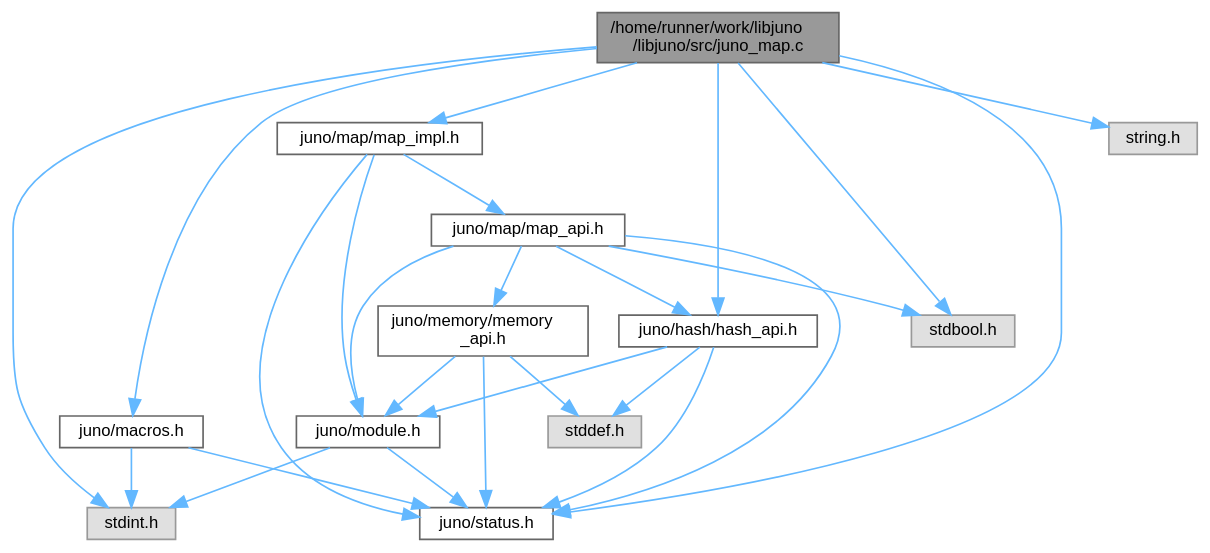
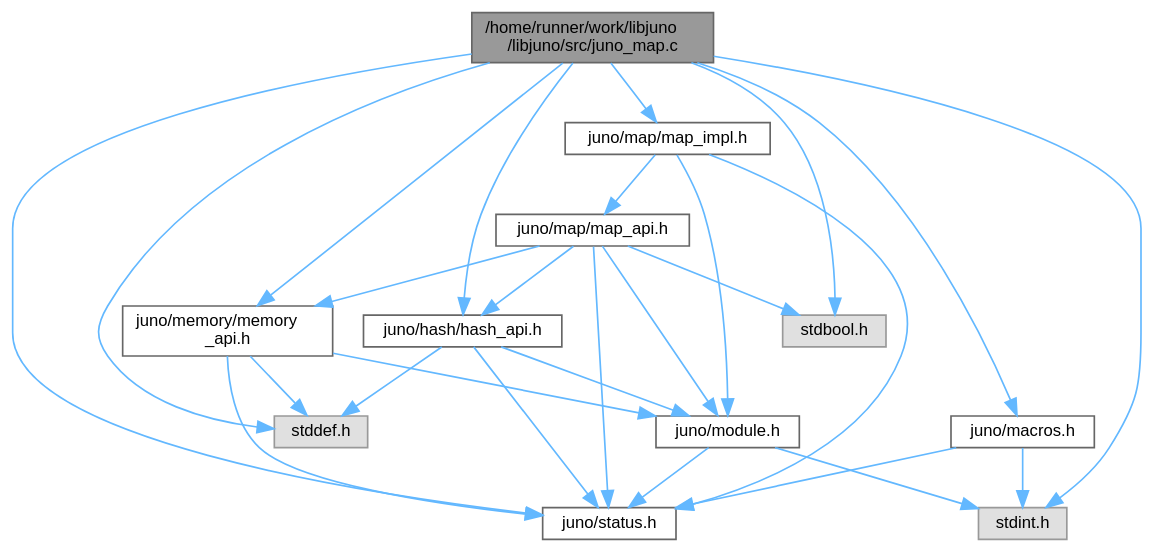
The diagram in juno__map_8c__incl.dot (robinonsay/libjuno), drawn with Graphviz before and after one commit. The commit also changed 155 other files, not shown here.

```diff
--- a/juno__map_8c__incl.dot
+++ b/juno__map_8c__incl.dot
@@ -1,44 +1,44 @@
 digraph "/home/runner/work/libjuno/libjuno/src/juno_map.c"
 {
  // LATEX_PDF_SIZE
   bgcolor="transparent";
   edge [fontname=Helvetica,fontsize=10,labelfontname=Helvetica,labelfontsize=10];
   node [fontname=Helvetica,fontsize=10,shape=box,height=0.2,width=0.4];
   Node1 [id="Node000001",label="/home/runner/work/libjuno\l/libjuno/src/juno_map.c",height=0.2,width=0.4,color="gray40", fillcolor="grey60", style="filled", fontcolor="black",tooltip=" "];
   Node1 -> Node2 [id="edge1_Node000001_Node000002",color="steelblue1",style="solid",tooltip=" "];
   Node2 [id="Node000002",label="juno/hash/hash_api.h",height=0.2,width=0.4,color="grey40", fillcolor="white", style="filled",URL="$hash__api_8h.html",tooltip=" "];
   Node2 -> Node3 [id="edge2_Node000002_Node000003",color="steelblue1",style="solid",tooltip=" "];
   Node3 [id="Node000003",label="juno/status.h",height=0.2,width=0.4,color="grey40", fillcolor="white", style="filled",URL="$status_8h.html",tooltip=" "];
   Node2 -> Node4 [id="edge3_Node000002_Node000004",color="steelblue1",style="solid",tooltip=" "];
   Node4 [id="Node000004",label="juno/module.h",height=0.2,width=0.4,color="grey40", fillcolor="white", style="filled",URL="$module_8h.html",tooltip=" "];
   Node4 -> Node3 [id="edge4_Node000004_Node000003",color="steelblue1",style="solid",tooltip=" "];
   Node4 -> Node5 [id="edge5_Node000004_Node000005",color="steelblue1",style="solid",tooltip=" "];
   Node5 [id="Node000005",label="stdint.h",height=0.2,width=0.4,color="grey60", fillcolor="#E0E0E0", style="filled",tooltip=" "];
   Node2 -> Node6 [id="edge6_Node000002_Node000006",color="steelblue1",style="solid",tooltip=" "];
   Node6 [id="Node000006",label="stddef.h",height=0.2,width=0.4,color="grey60", fillcolor="#E0E0E0", style="filled",tooltip=" "];
   Node1 -> Node7 [id="edge7_Node000001_Node000007",color="steelblue1",style="solid",tooltip=" "];
   Node7 [id="Node000007",label="juno/macros.h",height=0.2,width=0.4,color="grey40", fillcolor="white", style="filled",URL="$macros_8h.html",tooltip=" "];
   Node7 -> Node3 [id="edge8_Node000007_Node000003",color="steelblue1",style="solid",tooltip=" "];
   Node7 -> Node5 [id="edge9_Node000007_Node000005",color="steelblue1",style="solid",tooltip=" "];
   Node1 -> Node8 [id="edge10_Node000001_Node000008",color="steelblue1",style="solid",tooltip=" "];
   Node8 [id="Node000008",label="juno/map/map_impl.h",height=0.2,width=0.4,color="grey40", fillcolor="white", style="filled",URL="$map__impl_8h.html",tooltip=" "];
   Node8 -> Node4 [id="edge11_Node000008_Node000004",color="steelblue1",style="solid",tooltip=" "];
   Node8 -> Node3 [id="edge12_Node000008_Node000003",color="steelblue1",style="solid",tooltip=" "];
   Node8 -> Node9 [id="edge13_Node000008_Node000009",color="steelblue1",style="solid",tooltip=" "];
   Node9 [id="Node000009",label="juno/map/map_api.h",height=0.2,width=0.4,color="grey40", fillcolor="white", style="filled",URL="$map__api_8h.html",tooltip=" "];
   Node9 -> Node2 [id="edge14_Node000009_Node000002",color="steelblue1",style="solid",tooltip=" "];
   Node9 -> Node10 [id="edge15_Node000009_Node000010",color="steelblue1",style="solid",tooltip=" "];
   Node10 [id="Node000010",label="juno/memory/memory\l_api.h",height=0.2,width=0.4,color="grey40", fillcolor="white", style="filled",URL="$memory__api_8h.html",tooltip=" "];
   Node10 -> Node3 [id="edge16_Node000010_Node000003",color="steelblue1",style="solid",tooltip=" "];
   Node10 -> Node4 [id="edge17_Node000010_Node000004",color="steelblue1",style="solid",tooltip=" "];
   Node10 -> Node6 [id="edge18_Node000010_Node000006",color="steelblue1",style="solid",tooltip=" "];
   Node9 -> Node3 [id="edge19_Node000009_Node000003",color="steelblue1",style="solid",tooltip=" "];
   Node9 -> Node4 [id="edge20_Node000009_Node000004",color="steelblue1",style="solid",tooltip=" "];
   Node9 -> Node11 [id="edge21_Node000009_Node000011",color="steelblue1",style="solid",tooltip=" "];
   Node11 [id="Node000011",label="stdbool.h",height=0.2,width=0.4,color="grey60", fillcolor="#E0E0E0", style="filled",tooltip=" "];
-  Node1 -> Node3 [id="edge22_Node000001_Node000003",color="steelblue1",style="solid",tooltip=" "];
-  Node1 -> Node11 [id="edge23_Node000001_Node000011",color="steelblue1",style="solid",tooltip=" "];
-  Node1 -> Node5 [id="edge24_Node000001_Node000005",color="steelblue1",style="solid",tooltip=" "];
-  Node1 -> Node12 [id="edge25_Node000001_Node000012",color="steelblue1",style="solid",tooltip=" "];
-  Node12 [id="Node000012",label="string.h",height=0.2,width=0.4,color="grey60", fillcolor="#E0E0E0", style="filled",tooltip=" "];
+  Node1 -> Node10 [id="edge22_Node000001_Node000010",color="steelblue1",style="solid",tooltip=" "];
+  Node1 -> Node3 [id="edge23_Node000001_Node000003",color="steelblue1",style="solid",tooltip=" "];
+  Node1 -> Node11 [id="edge24_Node000001_Node000011",color="steelblue1",style="solid",tooltip=" "];
+  Node1 -> Node6 [id="edge25_Node000001_Node000006",color="steelblue1",style="solid",tooltip=" "];
+  Node1 -> Node5 [id="edge26_Node000001_Node000005",color="steelblue1",style="solid",tooltip=" "];
 }
```
